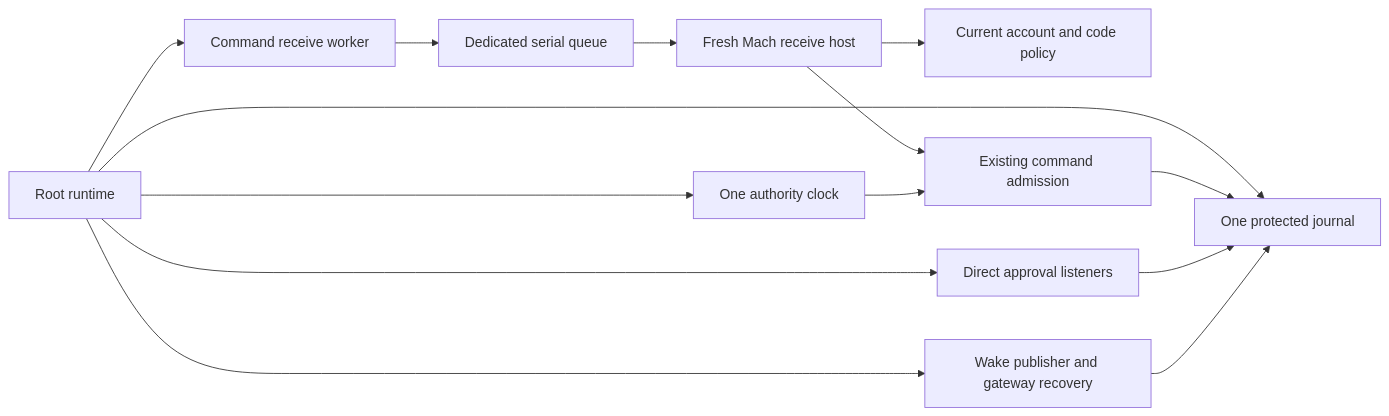
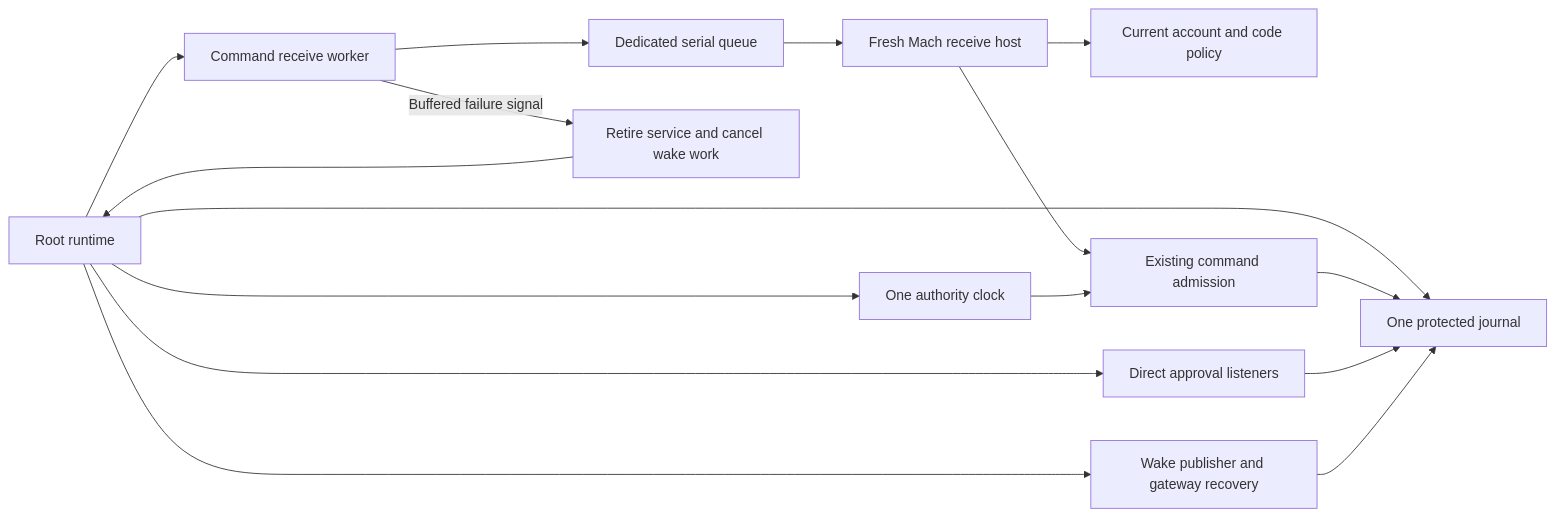
Before and after one commit to rock3r/remozio: the first of 2 diagrams in docs/experiments/authority-command-receive-owner.md, drawn with Mermaid. The commit also changed other lines of this file and 3 other files, not shown here.

Commit message:
Interrupt wake work when the command receiver retires

````diff
--- a/docs/experiments/authority-command-receive-owner.md
+++ b/docs/experiments/authority-command-receive-owner.md
@@ -5,16 +5,18 @@
 ```mermaid
 flowchart LR
   S[Root runtime] --> J[One protected journal]
   S --> C[One authority clock]
   S --> W[Command receive worker]
   W --> Q[Dedicated serial queue]
   Q --> H[Fresh Mach receive host]
   H --> P[Current account and code policy]
   H --> A[Existing command admission]
   A --> J
   C --> A
   S --> D[Direct approval listeners]
   D --> J
+  W -->|Buffered failure signal| R[Retire service and cancel wake work]
+  R --> S
   S --> G[Wake publisher and gateway recovery]
   G --> J
 ```
````
